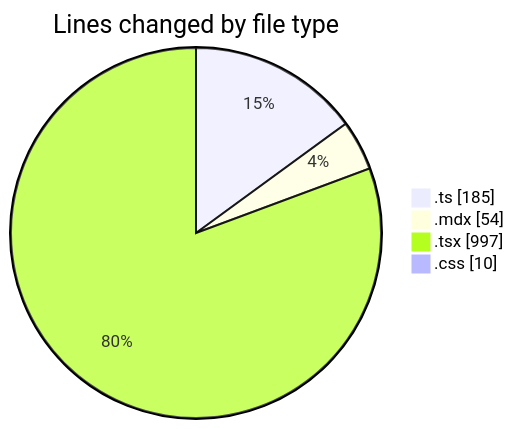
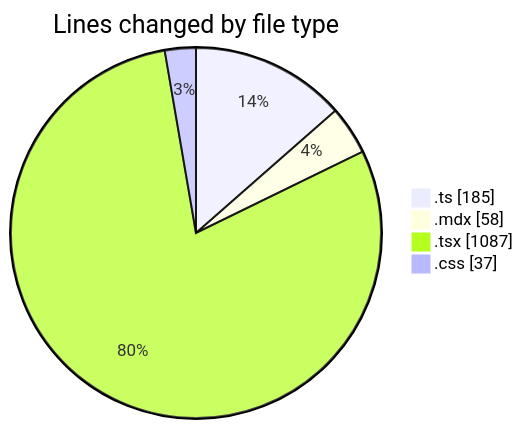
Before and after one commit to Elitesun/code-tracking: the first of 2 diagrams in 2025-05-25/elitesun/README.md, drawn with Mermaid. The commit also changed other lines of this file and 1 other file, not shown here.

````diff
--- a/2025-05-25/elitesun/README.md
+++ b/2025-05-25/elitesun/README.md
@@ -32,8 +32,8 @@
 ```mermaid
 pie showData
 title Lines changed by file type
 ".ts" : 185
-".mdx" : 54
-".tsx" : 997
-".css" : 10
+".mdx" : 58
+".tsx" : 1087
+".css" : 37
 ```
````
